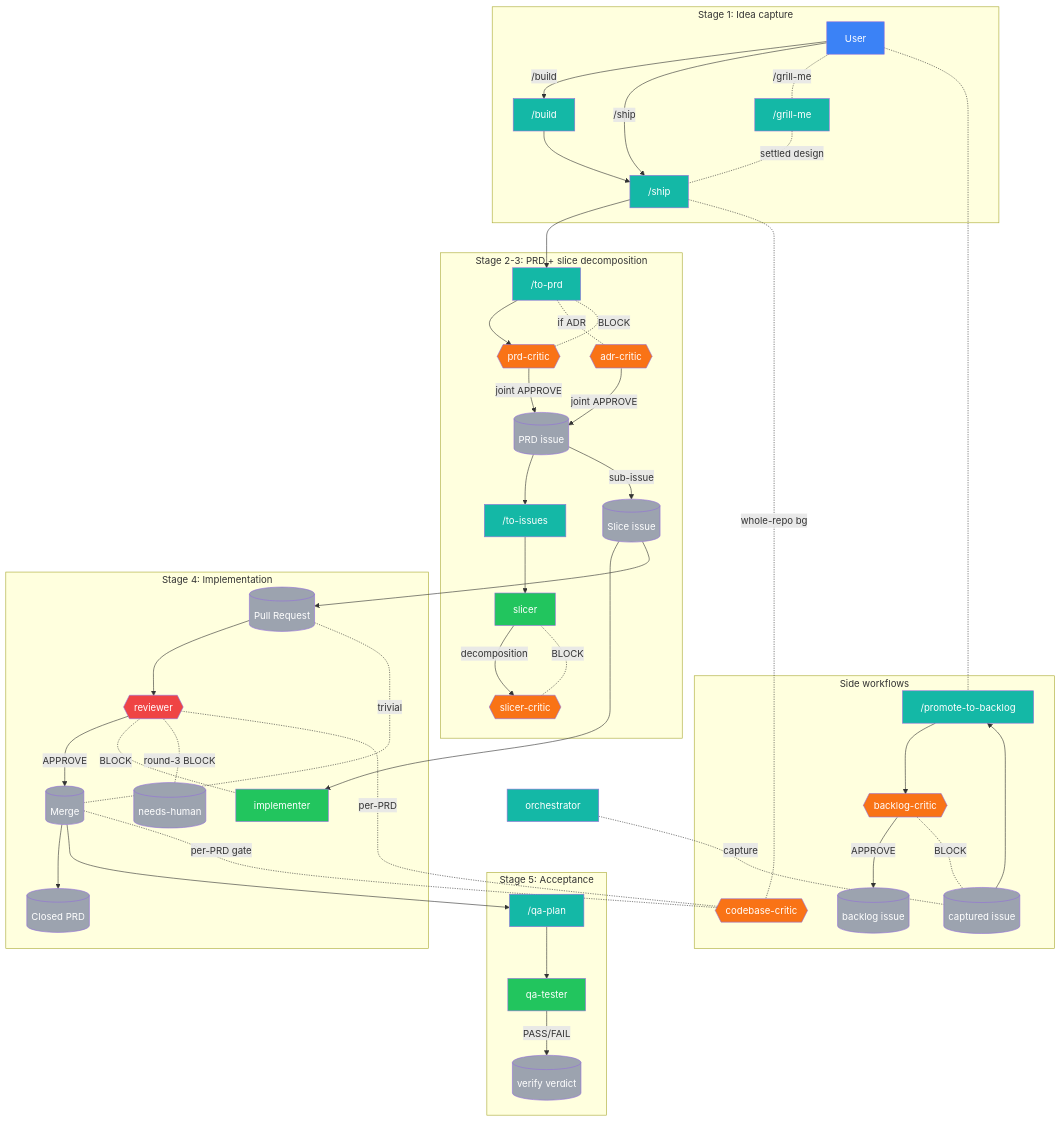
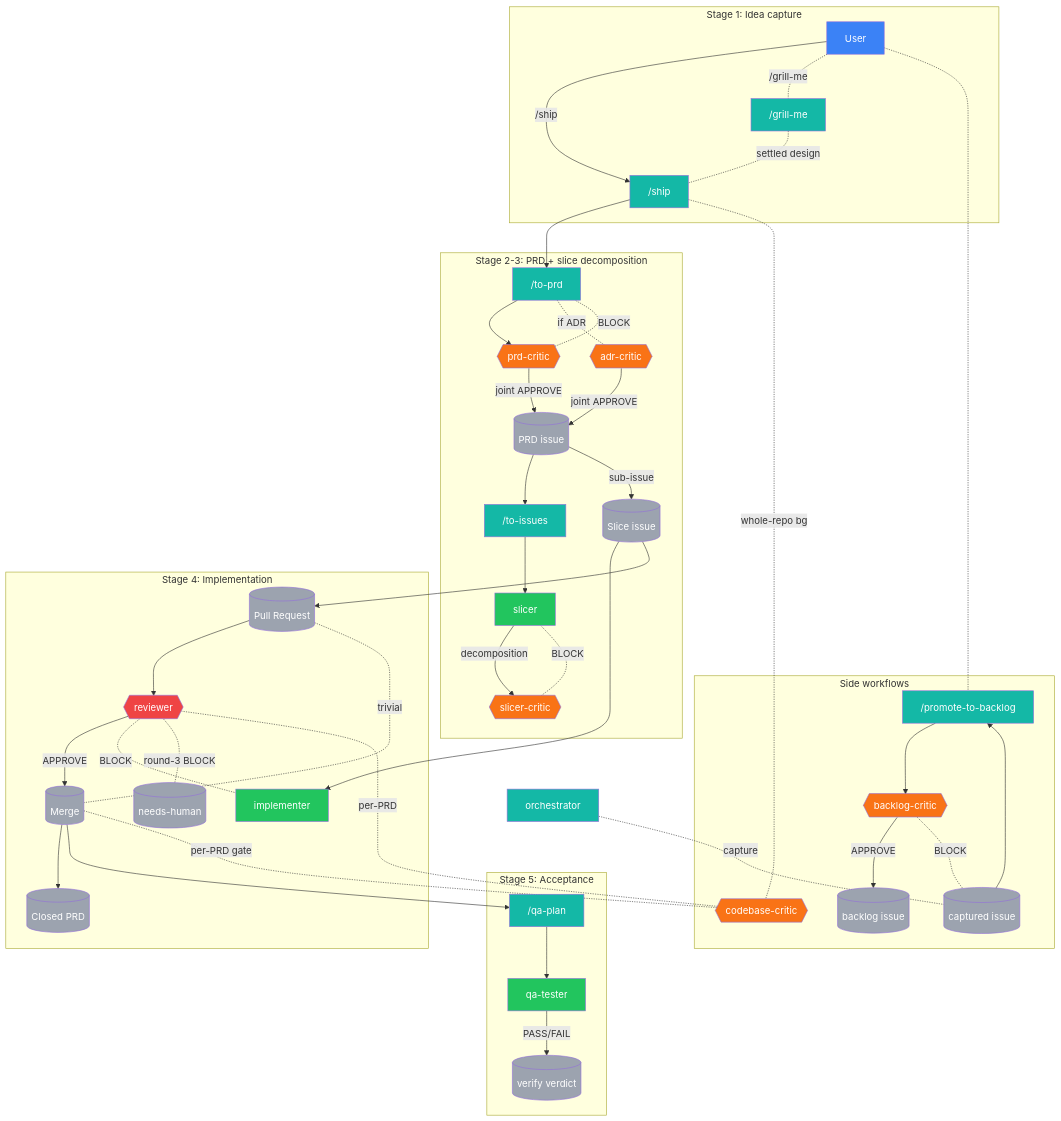
Before and after one commit to vojtech-stas/project-claude: the diagram in README.md, drawn with Mermaid. The commit also changed other lines of this file and 9 other files, not shown here.

```diff
--- a/README.md
+++ b/README.md
@@ -134,7 +134,6 @@
 flowchart TD
   subgraph S1["Stage 1: Idea capture"]
     user["User"]
-    build["/build"]
     grill_me["/grill-me"]
     ship["/ship"]
   end
@@ -168,10 +167,8 @@
     captured_issue[(captured issue)]
     backlog_issue[(backlog issue)]
   end
-  user -->|/build| build
   user -->|/ship| ship
   user -./grill-me.- grill_me
-  build --> ship
   grill_me -.settled design.- ship
   ship --> to_prd
   to_prd --> prd_critic
@@ -211,7 +208,7 @@
   classDef reviewer_cls fill:#ef4444,color:#fff
   classDef artifact fill:#9ca3af,color:#fff
   class user human
-  class build,grill_me,orchestrator,promote_to_backlog,qa_plan,ship,to_issues,to_prd skill
+  class grill_me,orchestrator,promote_to_backlog,qa_plan,ship,to_issues,to_prd skill
   class implementer,qa_tester,slicer gen
   class adr_critic,backlog_critic,codebase_critic,prd_critic,slicer_critic critic
   class reviewer reviewer_cls
```
